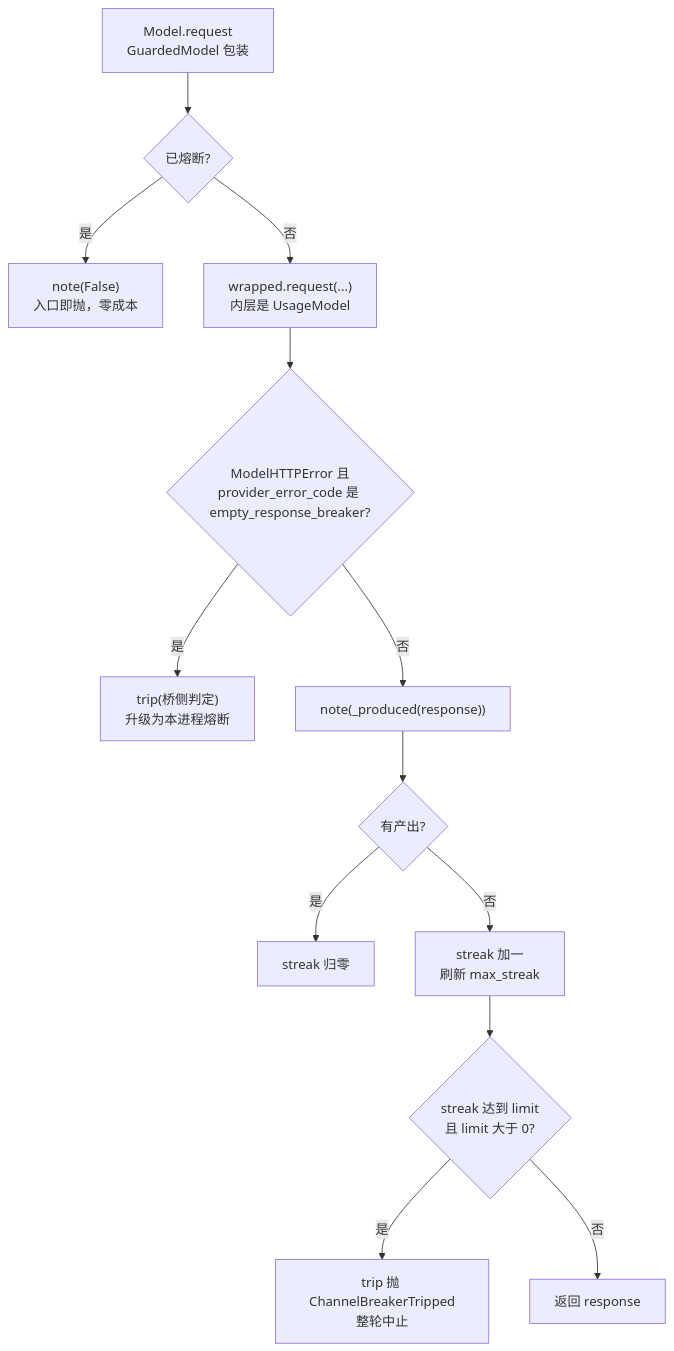
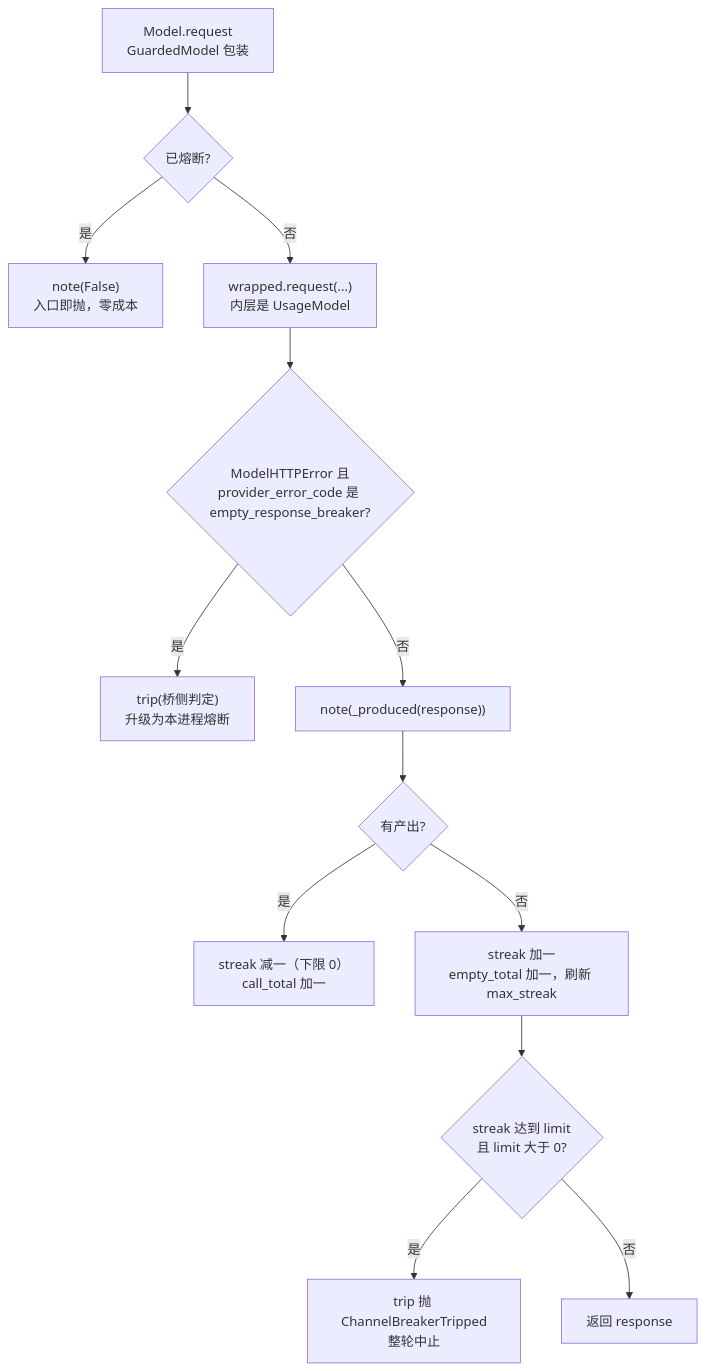
Before and after one commit to ikliml666/dsh-codewiki: the tenth of 12 diagrams in .codewiki/_native-state/docs/Execution_Runtime___Vendored_Engine/engine-python-runtime.md, drawn with Mermaid. The commit also changed other lines of this file and 30 other files, not shown here.

````diff
--- a/.codewiki/_native-state/docs/Execution_Runtime___Vendored_Engine/engine-python-runtime.md
+++ b/.codewiki/_native-state/docs/Execution_Runtime___Vendored_Engine/engine-python-runtime.md
@@ -745,15 +754,15 @@
 ```mermaid
 flowchart TD
     A["Model.request<br/>GuardedModel 包装"] --> B{"已熔断?"}
     B -- 是 --> B1["note(False)<br/>入口即抛，零成本"]
     B -- 否 --> C["wrapped.request(...)<br/>内层是 UsageModel"]
     C --> D{"ModelHTTPError 且<br/>provider_error_code 是 empty_response_breaker?"}
     D -- 是 --> D1["trip(桥侧判定)<br/>升级为本进程熔断"]
     D -- 否 --> E["note(_produced(response))"]
     E --> F{"有产出?"}
-    F -- 是 --> G["streak 归零"]
-    F -- 否 --> H["streak 加一<br/>刷新 max_streak"]
+    F -- 是 --> G["streak 减一（下限 0）<br/>call_total 加一"]
+    F -- 否 --> H["streak 加一<br/>empty_total 加一，刷新 max_streak"]
     H --> I{"streak 达到 limit<br/>且 limit 大于 0?"}
     I -- 是 --> J["trip 抛 ChannelBreakerTripped<br/>整轮中止"]
     I -- 否 --> K["返回 response"]
 ```
````
